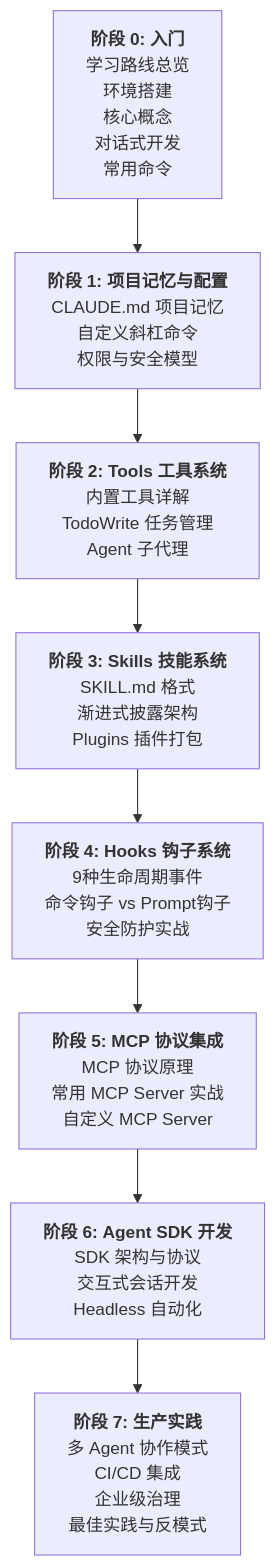
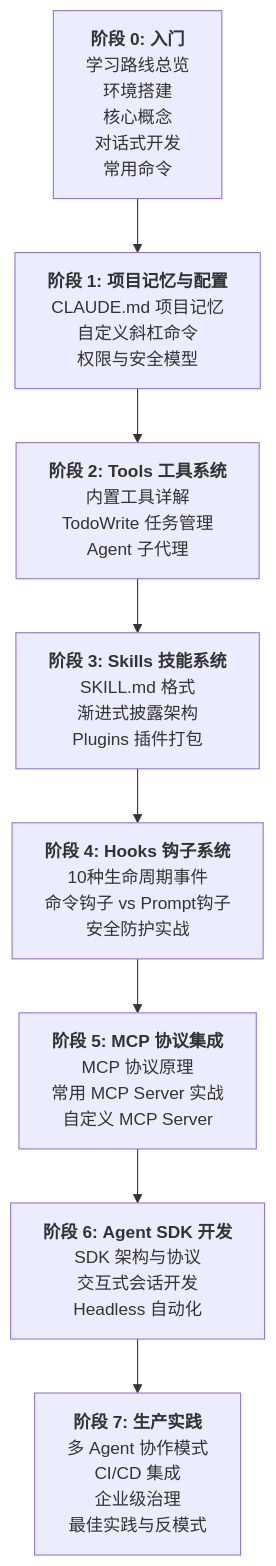
The diagram in claude-code-learning-path/00-入口/01-学习路线总览.md (keyuanweb/ai-learning-path), drawn with Mermaid before and after one commit. The commit also changed 176 other files, not shown here.

First line of the commit message:
docs: 全仓库文档校对修复——错别字/失效链接/Mermaid图/源码引用

````diff
--- a/claude-code-learning-path/00-入口/01-学习路线总览.md
+++ b/claude-code-learning-path/00-入口/01-学习路线总览.md
@@ -16,13 +16,13 @@
 ```mermaid
 flowchart TD
     S0["<b>阶段 0: 入门</b><br/>学习路线总览<br/>环境搭建<br/>核心概念<br/>对话式开发<br/>常用命令"]
     S1["<b>阶段 1: 项目记忆与配置</b><br/>CLAUDE.md 项目记忆<br/>自定义斜杠命令<br/>权限与安全模型"]
     S2["<b>阶段 2: Tools 工具系统</b><br/>内置工具详解<br/>TodoWrite 任务管理<br/>Agent 子代理"]
     S3["<b>阶段 3: Skills 技能系统</b><br/>SKILL.md 格式<br/>渐进式披露架构<br/>Plugins 插件打包"]
-    S4["<b>阶段 4: Hooks 钩子系统</b><br/>9种生命周期事件<br/>命令钩子 vs Prompt钩子<br/>安全防护实战"]
+    S4["<b>阶段 4: Hooks 钩子系统</b><br/>10种生命周期事件<br/>命令钩子 vs Prompt钩子<br/>安全防护实战"]
     S5["<b>阶段 5: MCP 协议集成</b><br/>MCP 协议原理<br/>常用 MCP Server 实战<br/>自定义 MCP Server"]
     S6["<b>阶段 6: Agent SDK 开发</b><br/>SDK 架构与协议<br/>交互式会话开发<br/>Headless 自动化"]
     S7["<b>阶段 7: 生产实践</b><br/>多 Agent 协作模式<br/>CI/CD 集成<br/>企业级治理<br/>最佳实践与反模式"]
 
     S0 --> S1 --> S2 --> S3 --> S4 --> S5 --> S6 --> S7
 ```
````
